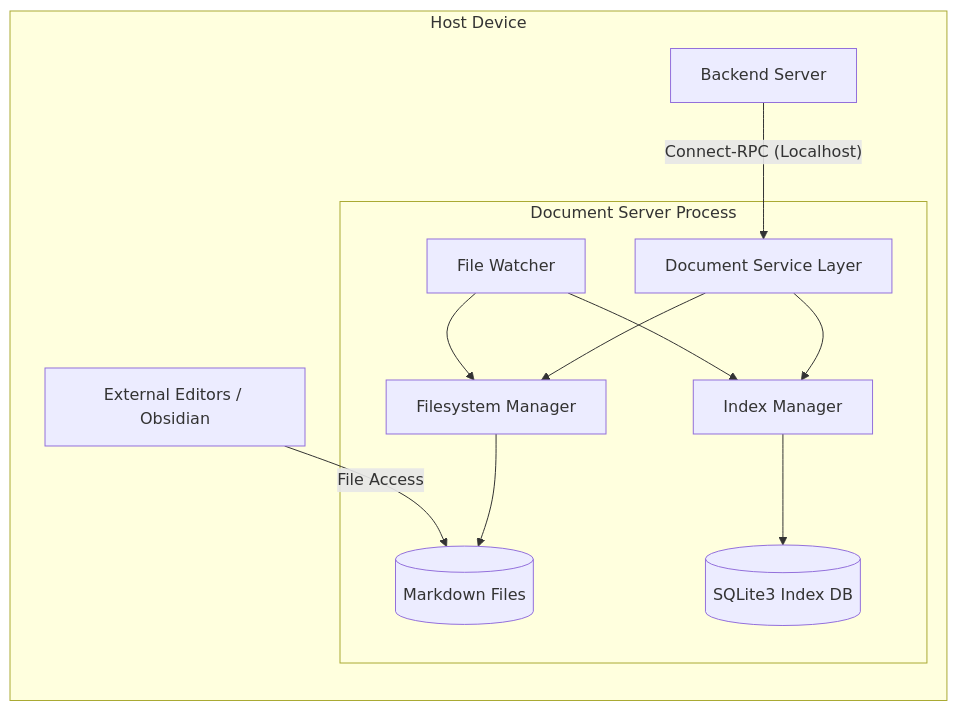
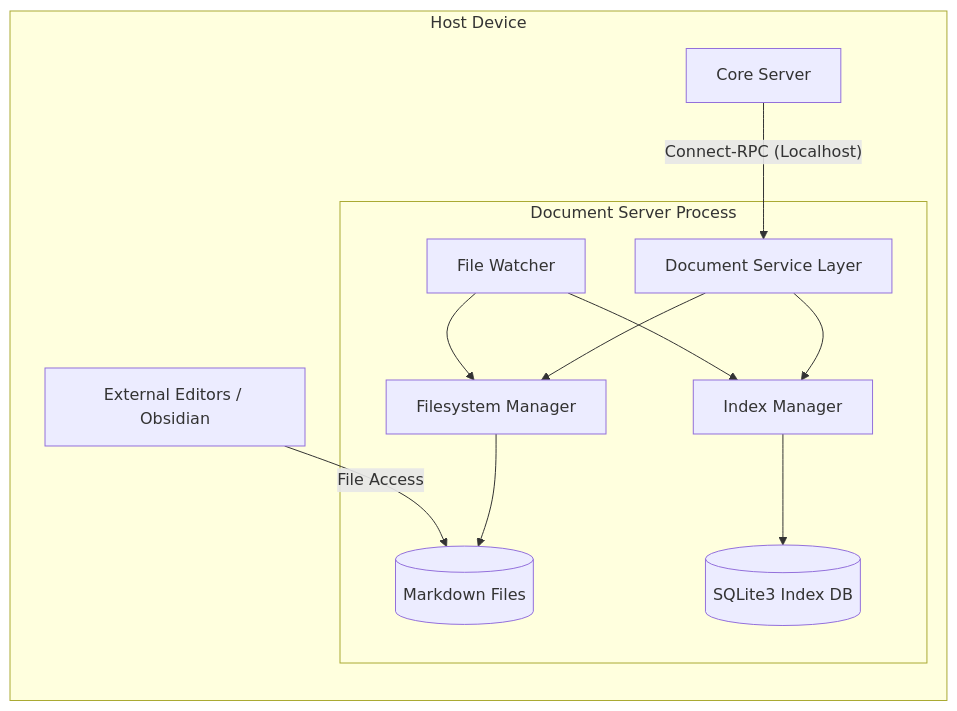
Before and after one commit to HBenpitsu/DiaLogTestRepo: the diagram in DESIGN/docserver-arch.md, drawn with Mermaid. The commit also changed other lines of this file and 9 other files, not shown here.

````diff
--- a/DESIGN/docserver-arch.md
+++ b/DESIGN/docserver-arch.md
@@ -17,15 +17,15 @@
 ```mermaid
 graph LR
     subgraph Host ["Host Device"]
-        BE[Backend Server] -- "Connect-RPC (Localhost)" --> API[Document Service Layer]
+        BE[Core Server] -- "Connect-RPC (Localhost)" --> API[Document Service Layer]
         subgraph DocServer [Document Server Process]
             API --> FS[Filesystem Manager]
             API --> IDX[Index Manager]
             FS --> MD[(Markdown Files)]
             IDX --> SQL[(SQLite3 Index DB)]
             Watcher[File Watcher] --> FS
             Watcher --> IDX
         end
         External[External Editors / Obsidian] -- "File Access" --> MD
     end
 ```
````
